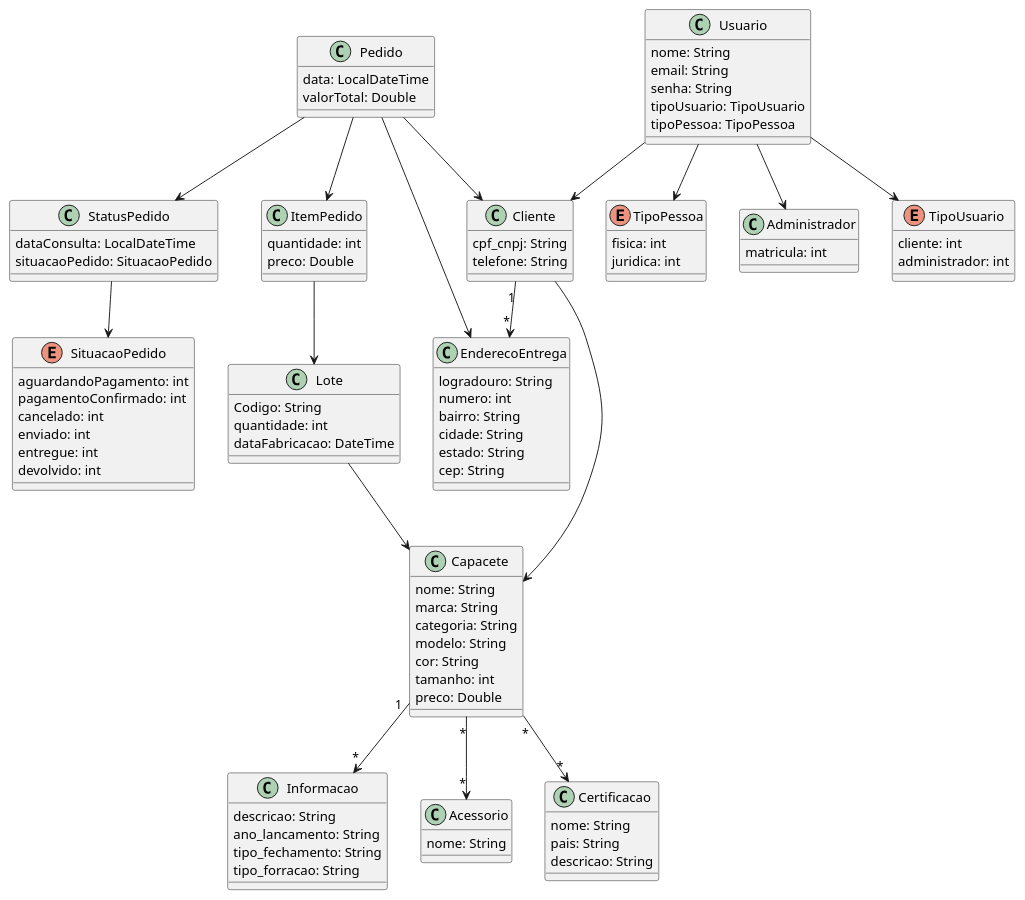
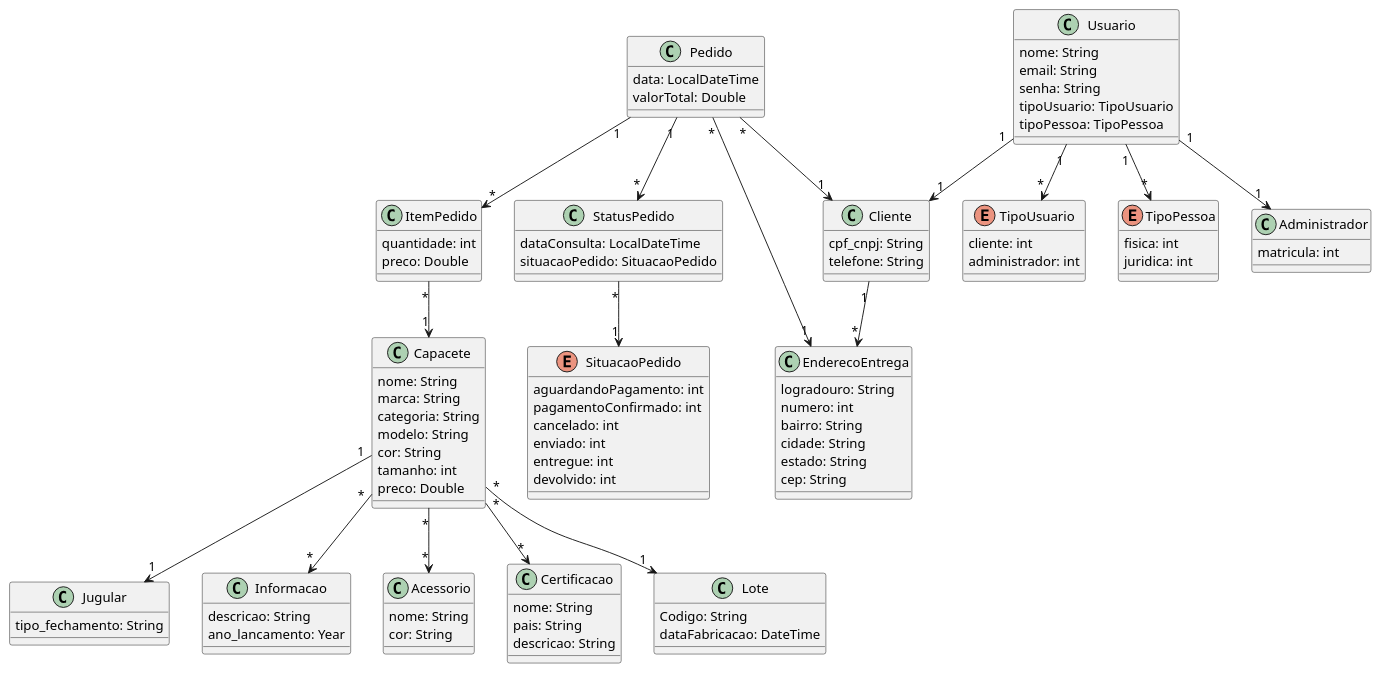
One commit to Gilsiandry/tp1_ecommerce_capacete changed the diagram in src/main/java/br/unitins/tp1/diagrama_classe_t1.plantuml. Above: the diagram before and after it, drawn with PlantUML. The commit also changed 14 other files, not shown here.

```diff
--- a/src/main/java/br/unitins/tp1/diagrama_classe_t1.plantuml
+++ b/src/main/java/br/unitins/tp1/diagrama_classe_t1.plantuml
@@ -1,129 +1,127 @@
 @startuml
 
 class Capacete {
     nome: String
     marca: String
     categoria: String
     modelo: String
     cor: String
     tamanho: int
     preco: Double
 }
 
+class Jugular {
+    tipo_fechamento: String
+    
+}
+
 class Informacao {
     descricao: String
-    ano_lancamento: String
-    tipo_fechamento: String
-    tipo_forracao: String
-
+    ano_lancamento: Year
 }
 
 class Acessorio {
     nome: String
+    cor: String
 }
 
 class Certificacao {
     nome: String
     pais: String
     descricao: String
 }
+
+class Lote {
+    Codigo: String
+    dataFabricacao: DateTime
+}
+
 
 
 class Usuario {
     nome: String
     email: String
     senha: String
     tipoUsuario: TipoUsuario
     tipoPessoa: TipoPessoa
 }
 
 enum TipoUsuario {
     cliente: int
     administrador: int
 }
 
 enum TipoPessoa {
     fisica: int
     juridica: int
 }
 
 class Administrador {
     matricula: int
 }
 
 class Cliente {
     cpf_cnpj: String
     telefone: String
 }
-
 
 
 class EnderecoEntrega {
     logradouro: String
     numero: int
     bairro: String
     cidade: String
     estado: String
     cep: String
 }
 
 
 class Pedido {
     data: LocalDateTime
     valorTotal: Double
 }
 
 class StatusPedido {
     dataConsulta: LocalDateTime
     situacaoPedido: SituacaoPedido
 }
 
 enum SituacaoPedido {
     aguardandoPagamento: int
     pagamentoConfirmado: int
     cancelado: int
     enviado: int
     entregue: int
     devolvido: int
 }
 
 class ItemPedido {
     quantidade: int
     preco: Double
 }
 
-class Lote {
-    Codigo: String
-    quantidade: int
-    dataFabricacao: DateTime
-}
-
 
 'relacionamento
 
-Capacete "*" --> "*" Certificacao
+Capacete "*" --> "*"Certificacao
 Capacete "*" --> "*" Acessorio
-Capacete "1" --> "*" Informacao
+Capacete "*" --> "*" Informacao
+Capacete "*" --> "1" Lote
+Capacete "1" --> "1" Jugular
 
 
-Usuario --> TipoUsuario
-Usuario --> TipoPessoa
-Usuario --> Cliente
-Usuario --> Administrador
+Usuario "1" --> "*" TipoUsuario
+Usuario "1" --> "*" TipoPessoa
+Usuario "1" --> "1" Cliente
+Usuario "1" --> "1" Administrador
 Cliente "1" --> "*" EnderecoEntrega
 
 
-Pedido --> Cliente
-Pedido --> StatusPedido
-Pedido --> ItemPedido
-Pedido --> EnderecoEntrega
-StatusPedido --> SituacaoPedido
-ItemPedido --> Lote
-
-Lote --> Capacete
-
-
-Cliente --> Capacete
-
+Pedido "*" --> "1" Cliente
+Pedido "1" --> "*" StatusPedido
+Pedido "1" --> "*" ItemPedido
+Pedido "*" --> "1" EnderecoEntrega
+StatusPedido "*" --> "1" SituacaoPedido
+ItemPedido "*" --> "1" Capacete
 
 @enduml
```
